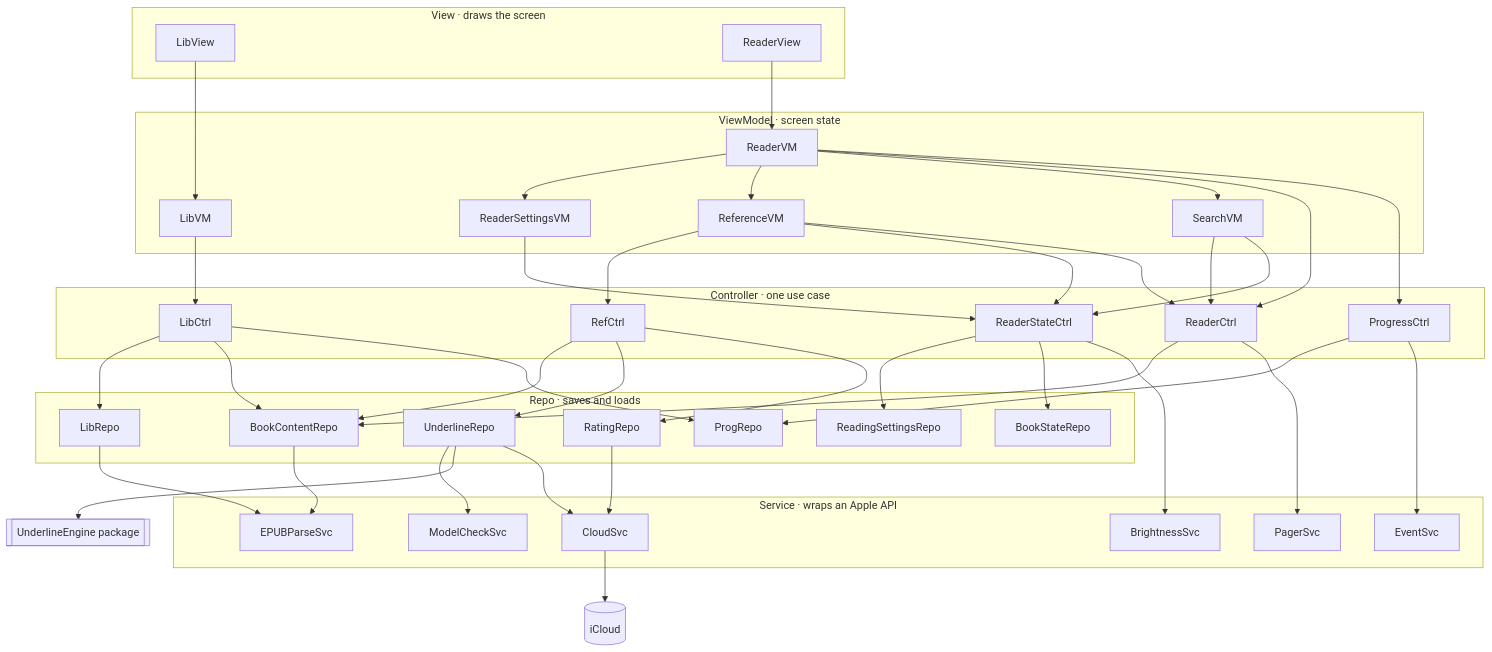
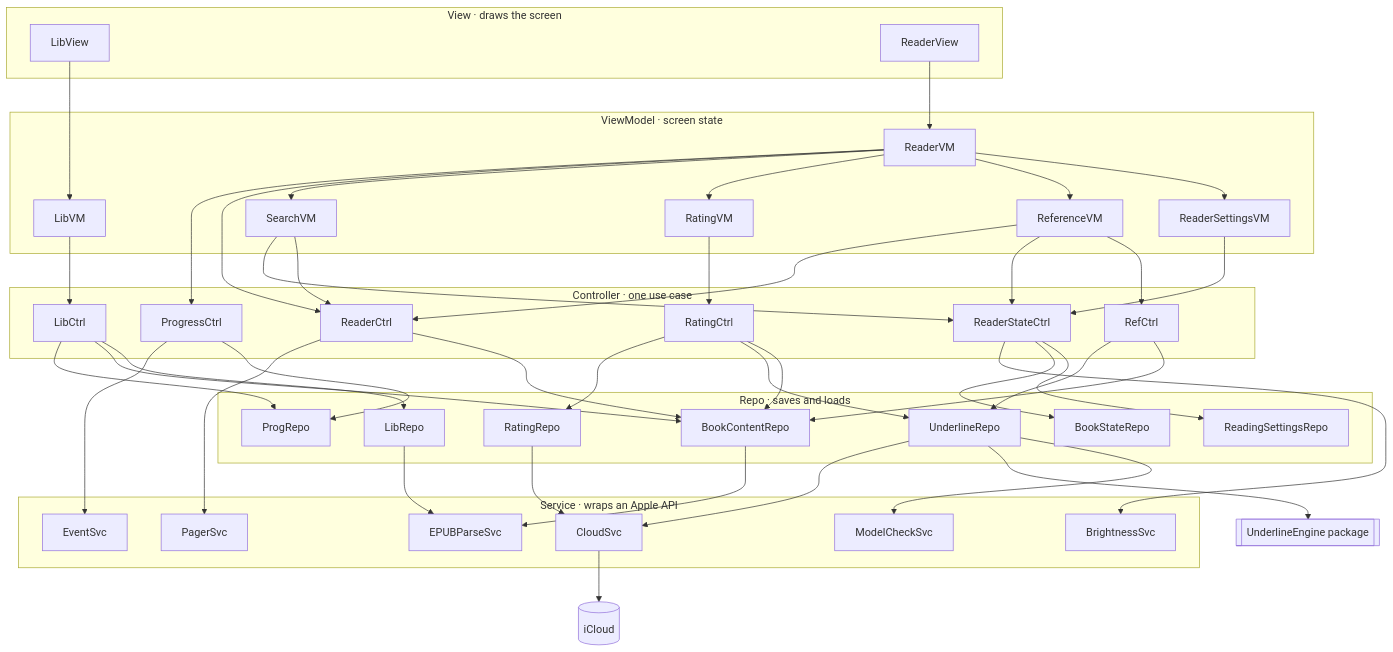
Before and after one commit to AftrHours/iRead: the diagram in docs/diagrams/02-architecture.mmd, drawn with Mermaid. The commit also changed 27 other files, not shown here.

Commit message:
refactor: [SN] split ratings into RatingCtrl/RatingVM and save SavedUnderline instead of engine types

```diff
--- a/docs/diagrams/02-architecture.mmd
+++ b/docs/diagrams/02-architecture.mmd
@@ -1,81 +1,87 @@
 flowchart TB
   subgraph View["View · draws the screen"]
     LibView
     ReaderView
   end
 
   subgraph ViewModel["ViewModel · screen state"]
     LibVM
     ReaderVM
     ReaderSettingsVM
     ReferenceVM
+    RatingVM
     SearchVM
   end
 
   subgraph Controller["Controller · one use case"]
     LibCtrl
     ReaderCtrl
     ProgressCtrl
     ReaderStateCtrl
     RefCtrl
+    RatingCtrl
   end
 
   subgraph Repo["Repo · saves and loads"]
     LibRepo
     BookContentRepo
     ProgRepo
     ReadingSettingsRepo
     BookStateRepo
     UnderlineRepo
     RatingRepo
   end
 
   subgraph Service["Service · wraps an Apple API"]
     EPUBParseSvc
     PagerSvc
     BrightnessSvc
     EventSvc
     ModelCheckSvc
     CloudSvc
   end
 
   Engine[[UnderlineEngine package]]
   iCloud[(iCloud)]
 
   LibView --> LibVM
   ReaderView --> ReaderVM
   ReaderVM --> ReaderSettingsVM
   ReaderVM --> ReferenceVM
+  ReaderVM --> RatingVM
   ReaderVM --> SearchVM
 
   LibVM --> LibCtrl
   ReaderVM --> ReaderCtrl
   ReaderVM --> ProgressCtrl
   ReaderSettingsVM --> ReaderStateCtrl
   ReferenceVM --> RefCtrl
   ReferenceVM --> ReaderStateCtrl
   ReferenceVM --> ReaderCtrl
+  RatingVM --> RatingCtrl
   SearchVM --> ReaderCtrl
   SearchVM --> ReaderStateCtrl
 
   LibCtrl --> LibRepo
   LibCtrl --> BookContentRepo
   LibCtrl --> ProgRepo
   ReaderCtrl --> BookContentRepo
   ReaderCtrl --> PagerSvc
   ProgressCtrl --> ProgRepo
   ProgressCtrl --> EventSvc
   ReaderStateCtrl --> ReadingSettingsRepo
   ReaderStateCtrl --> BookStateRepo
   ReaderStateCtrl --> BrightnessSvc
   RefCtrl --> BookContentRepo
   RefCtrl --> UnderlineRepo
-  RefCtrl --> RatingRepo
+  RatingCtrl --> BookContentRepo
+  RatingCtrl --> UnderlineRepo
+  RatingCtrl --> RatingRepo
 
   LibRepo --> EPUBParseSvc
   BookContentRepo --> EPUBParseSvc
   UnderlineRepo --> ModelCheckSvc
   UnderlineRepo --> Engine
   UnderlineRepo --> CloudSvc
   RatingRepo --> CloudSvc
   CloudSvc --> iCloud
```
